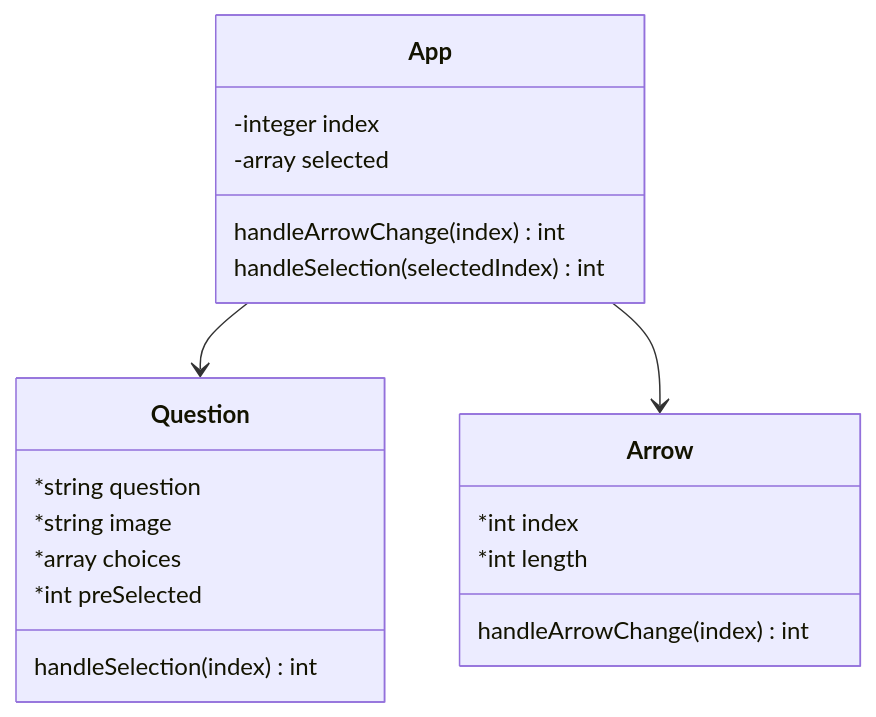
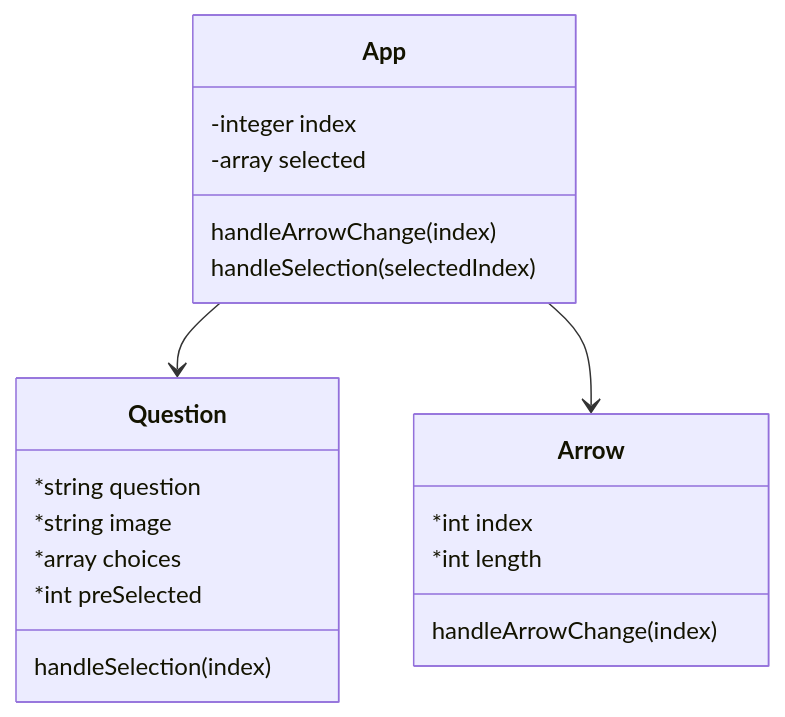
Before and after one commit to vijaygenius123/react_questions: the diagram in README.md, drawn with Mermaid.

Commit message:
Removed Type

````diff
--- a/README.md
+++ b/README.md
@@ -6,28 +6,28 @@
 ```mermaid
 classDiagram
 
 App -->Question
 App -->Arrow
 
 class App{
     -integer index
     -array selected
-    handleArrowChange(index) int
-    handleSelection(selectedIndex) int
+    handleArrowChange(index)
+    handleSelection(selectedIndex)
 }
 
 class Question{
     *string question
     *string image
     *array choices
     *int preSelected
-    handleSelection(index) int
+    handleSelection(index)
 }
 
 class Arrow{
     *int index
     *int length
-    handleArrowChange(index) int
+    handleArrowChange(index)
 }
 
 ```
````
